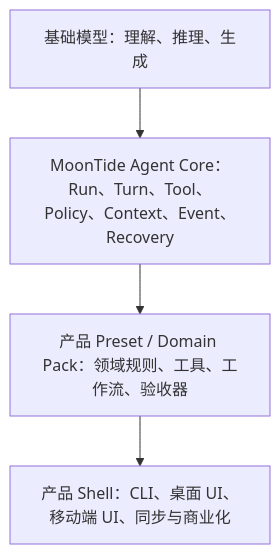
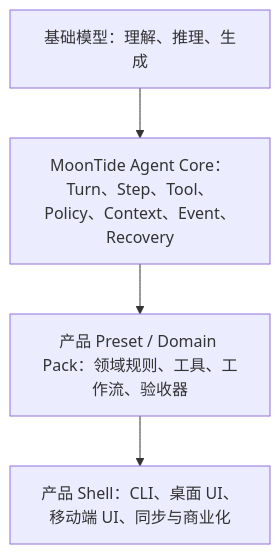
Before and after one commit to chendpoc/moontide: the diagram in docs/notes/runtime/agent-runtime-product-direction.md, drawn with Mermaid. The commit also changed other lines of this file and 49 other files, not shown here.

Commit message:
fix(agent-core/event): remove run and defer observability

````diff
--- a/docs/notes/runtime/agent-runtime-product-direction.md
+++ b/docs/notes/runtime/agent-runtime-product-direction.md
@@ -34,11 +34,11 @@
 ```mermaid
 flowchart TB
   Model["基础模型：理解、推理、生成"]
-  Core["MoonTide Agent Core：Run、Turn、Tool、Policy、Context、Event、Recovery"]
+  Core["MoonTide Agent Core：Turn、Step、Tool、Policy、Context、Event、Recovery"]
   Preset["产品 Preset / Domain Pack：领域规则、工具、工作流、验收器"]
   Shell["产品 Shell：CLI、桌面 UI、移动端 UI、同步与商业化"]
 
   Model --> Core
   Core --> Preset
   Preset --> Shell
 ```
````
